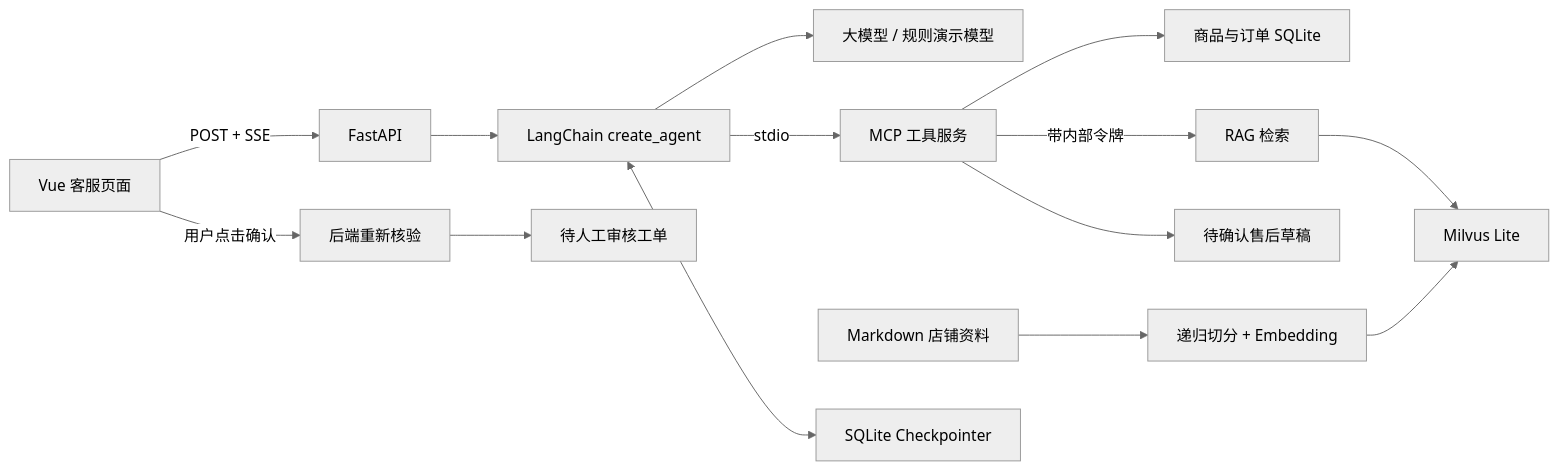
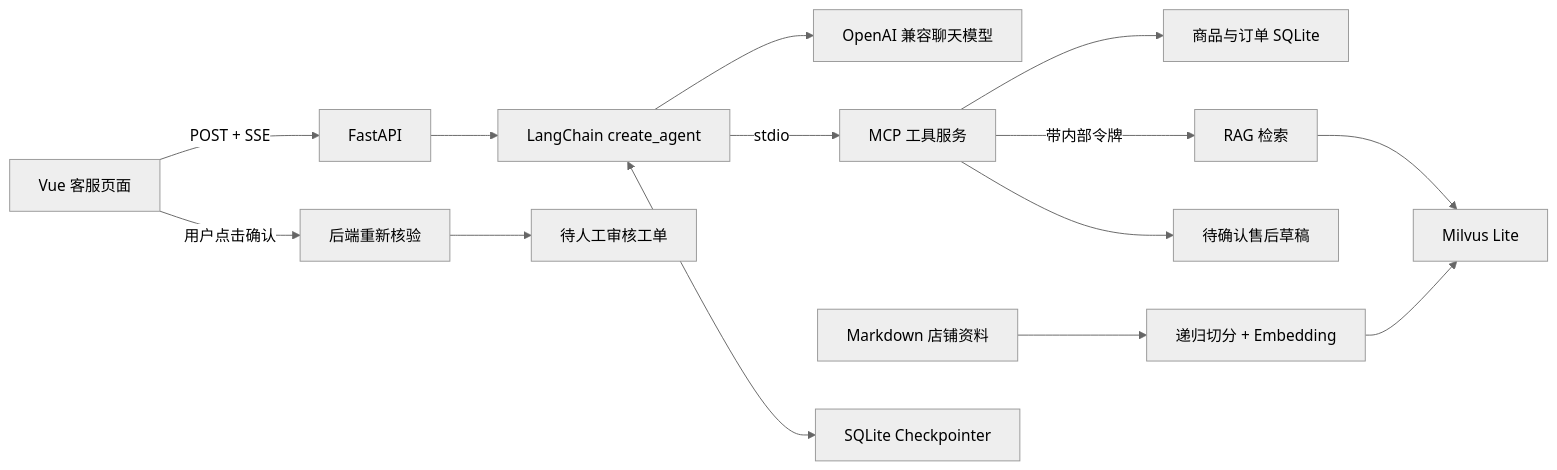
The diagram in README.md (wuweihan93-oss/xiaohan-commerce-agent), drawn with Mermaid (neutral theme) before and after one commit. The commit also changed other lines of this file and 26 other files, not shown here.

````diff
--- a/README.md
+++ b/README.md
@@ -119,16 +116,16 @@
 ```mermaid
 flowchart LR
     U[Vue 客服页面] -->|POST + SSE| A[FastAPI]
     A --> B[LangChain create_agent]
-    B --> L[大模型 / 规则演示模型]
+    B --> L[OpenAI 兼容聊天模型]
     B -->|stdio| M[MCP 工具服务]
     M --> P[商品与订单 SQLite]
     M -->|带内部令牌| R[RAG 检索]
     R --> V[Milvus Lite]
     K[Markdown 店铺资料] --> S[递归切分 + Embedding]
     S --> V
     M --> D[待确认售后草稿]
     U -->|用户点击确认| C[后端重新核验]
     C --> T[待人工审核工单]
     B <--> H[SQLite Checkpointer]
 ```
````
